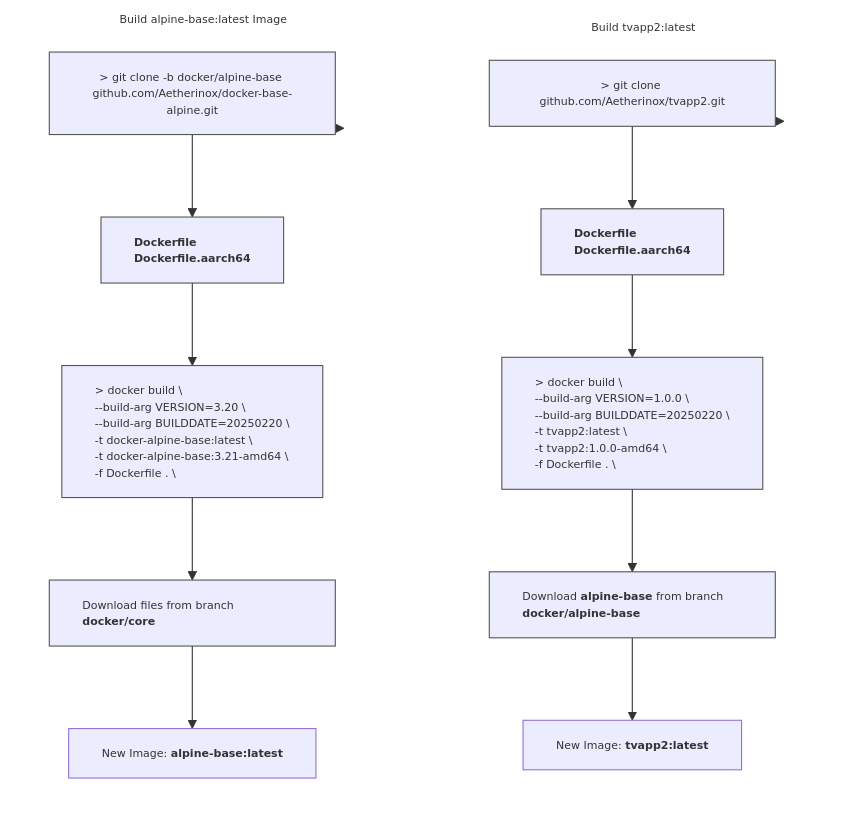
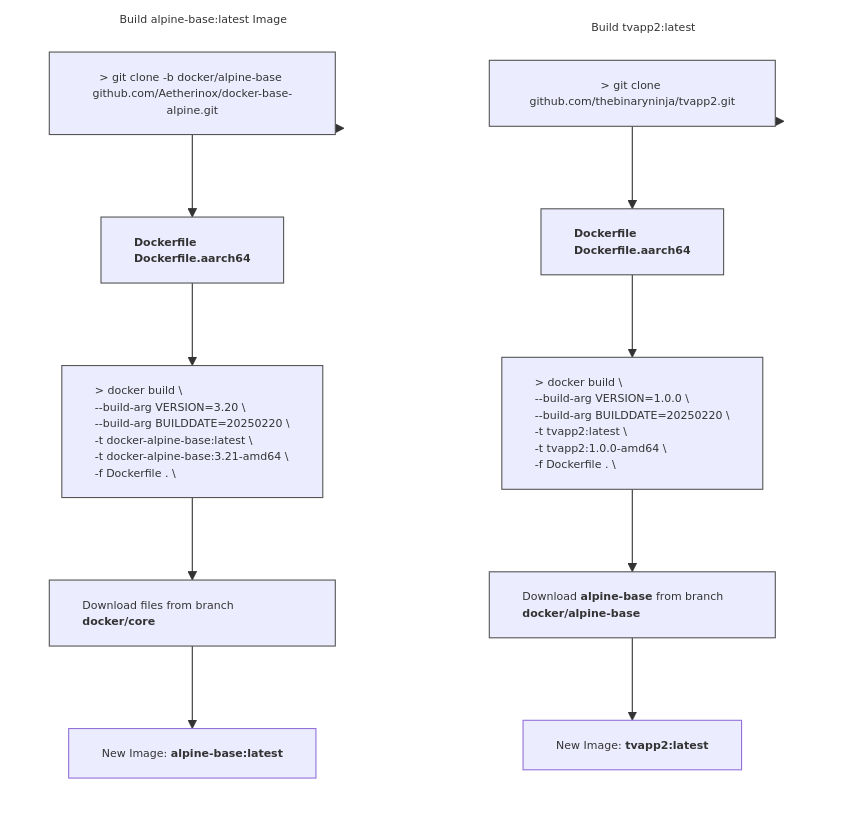
Before and after one commit to aetherinox/docker-base-alpine: the diagram in README.md, drawn with Mermaid. The commit also changed other lines of this file, not shown here.

Commit message:
docs(readme): update repo hosting tvapp2

````diff
--- a/README.md
+++ b/README.md
@@ -316,51 +316,51 @@
 ```mermaid
 %%{init: { 'themeVariables': { 'fontSize': '10px' }}}%%
 flowchart TB
 
 subgraph GRAPH_TVAPP ["Build tvapp2:latest"]
     direction TB
-    obj_step10["`&gt; git clone github.com/Aetherinox/tvapp2.git`"]
+    obj_step10["`&gt; git clone github.com/thebinaryninja/tvapp2.git`"]
     obj_step11["`**Dockerfile
      Dockerfile.aarch64**`"]
     obj_step12["`&gt; docker build &bsol;
     --build-arg VERSION=1.0.0 &bsol;
     --build-arg BUILDDATE=20250220 &bsol;
     -t tvapp2:latest &bsol;
     -t tvapp2:1.0.0-amd64 &bsol;
     -f Dockerfile . &bsol;`"]
     obj_step13["`Download **alpine-base** from branch **docker/alpine-base**`"]
     obj_step14["`New Image: **tvapp2:latest**`"]
 
     style obj_step10 text-align:center,stroke-width:1px,stroke:#555
     style obj_step11 text-align:left,stroke-width:1px,stroke:#555
     style obj_step12 text-align:left,stroke-width:1px,stroke:#555
     style obj_step13 text-align:left,stroke-width:1px,stroke:#555
 end
 
 style GRAPH_TVAPP text-align:center,stroke-width:1px,stroke:transparent,fill:transparent
 
 subgraph GRAPH_ALPINE["Build alpine-base:latest Image"]
 direction TB
     obj_step20["`&gt; git clone -b docker/alpine-base github.com/Aetherinox/docker-base-alpine.git`"]
     obj_step21["`**Dockerfile
      Dockerfile.aarch64**`"]
     obj_step22["`&gt; docker build &bsol;
     --build-arg VERSION=3.20 &bsol;
     --build-arg BUILDDATE=20250220 &bsol;
     -t docker-alpine-base:latest &bsol;
     -t docker-alpine-base:3.21-amd64 &bsol;
     -f Dockerfile . &bsol;`"]
     obj_step23["`Download files from branch **docker/core**`"]
     obj_step24["`New Image: **alpine-base:latest**`"]
 
     style obj_step20 text-align:center,stroke-width:1px,stroke:#555
     style obj_step21 text-align:left,stroke-width:1px,stroke:#555
     style obj_step22 text-align:left,stroke-width:1px,stroke:#555
     style obj_step23 text-align:left,stroke-width:1px,stroke:#555
 end
 
 style GRAPH_ALPINE text-align:center,stroke-width:1px,stroke:transparent,fill:transparent
 
 GRAPH_TVAPP --> obj_step10 --> obj_step11 --> obj_step12 --> obj_step13 --> obj_step14
 GRAPH_ALPINE --> obj_step20 --> obj_step21 --> obj_step22 --> obj_step23 --> obj_step24
 ```
````
